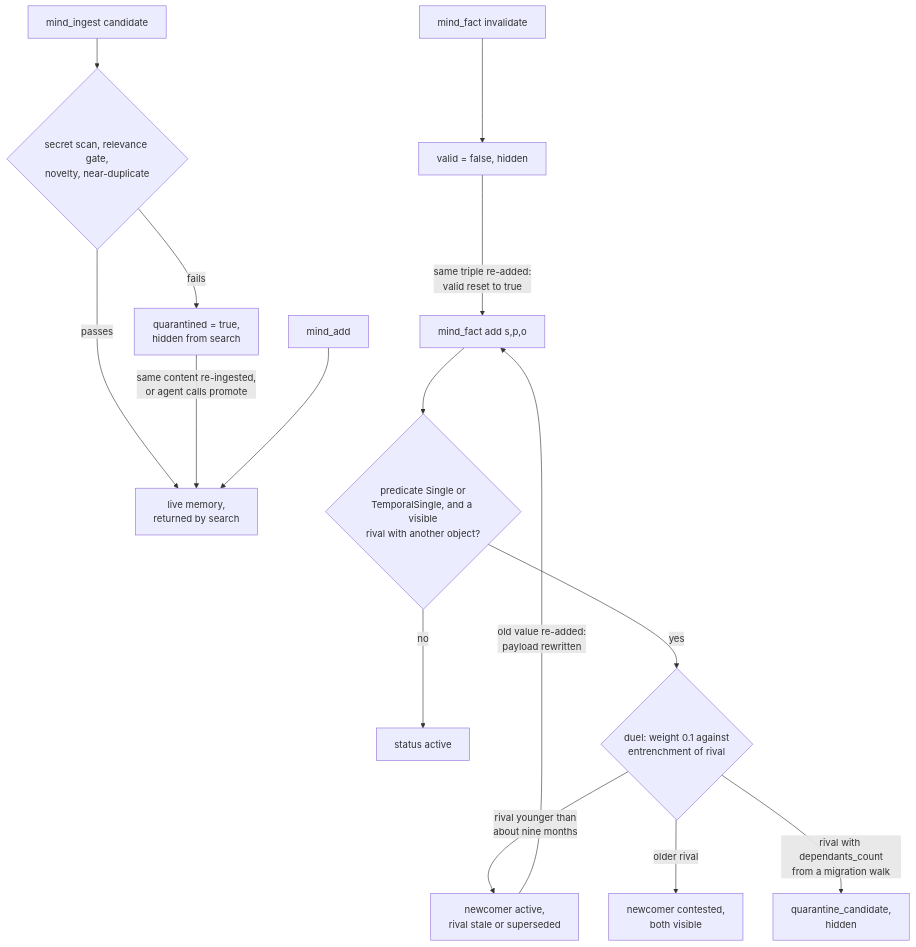
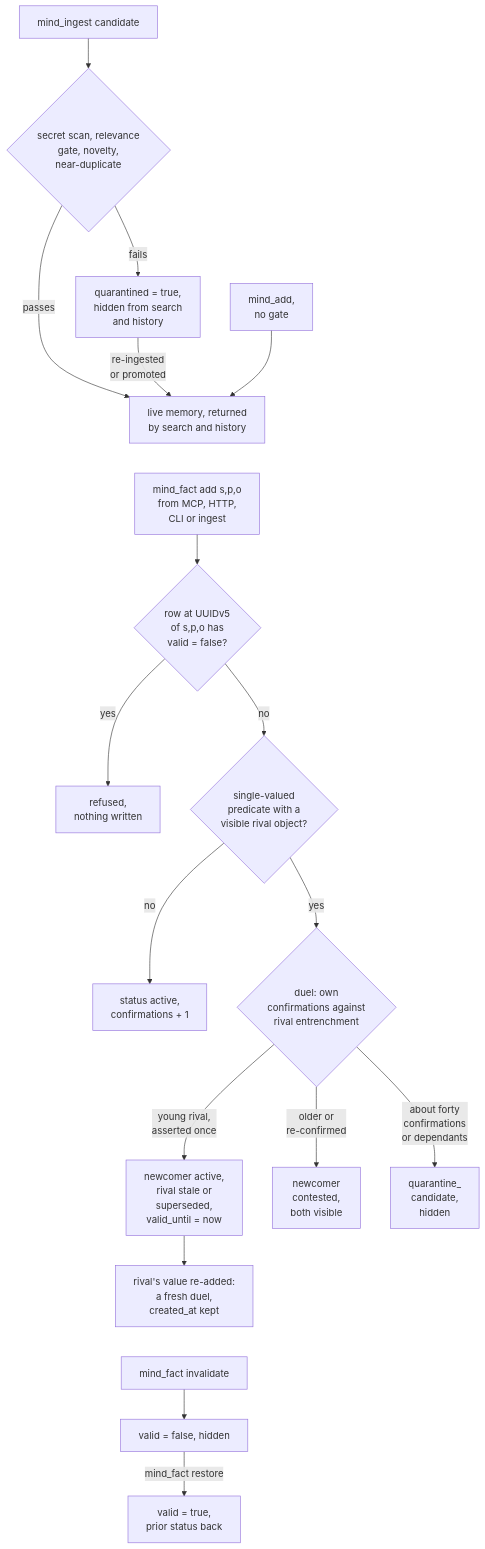
One commit to neoneye/agent-memory-atlas changed the diagram in content/systems/mgi-mind.md. Above: the diagram before and after it, drawn with Mermaid. The commit also changed other lines of this file and 27 other files, not shown here.

First line of the commit message:
mgi-mind at 9fae780 (v2.8.2): tombstone and bitemporal earned, five marks

````diff
--- a/content/systems/mgi-mind.md
+++ b/content/systems/mgi-mind.md
@@ -108,18 +119,22 @@
 ```mermaid
-%% caption: how a memory and a fact each become current in MGI-Mind, and the paths that bring a hidden value back
+%% caption: how a memory and a fact each become current in MGI-Mind, where an invalidated triple is refused, and the path that brings a duel loser back
 flowchart TD
-    I["mind_ingest candidate"] --> G{"secret scan, relevance gate,<br/>novelty, near-duplicate"}
-    G -- "passes" --> M["live memory,<br/>returned by search"]
-    G -- "fails" --> Q["quarantined = true,<br/>hidden from search"]
-    Q -- "same content re-ingested,<br/>or agent calls promote" --> M
-    A["mind_add"] --> M
-    F["mind_fact add s,p,o"] --> C{"predicate Single or<br/>TemporalSingle, and a visible<br/>rival with another object?"}
-    C -- "no" --> ACT["status active"]
-    C -- "yes" --> D{"duel: weight 0.1 against<br/>entrenchment of rival"}
-    D -- "rival younger than<br/>about nine months" --> FLIP["newcomer active,<br/>rival stale or superseded"]
-    D -- "older rival" --> CON["newcomer contested,<br/>both visible"]
-    D -- "rival with dependants_count<br/>from a migration walk" --> QC["quarantine_candidate,<br/>hidden"]
-    FLIP -- "old value re-added:<br/>payload rewritten" --> F
+    I["mind_ingest candidate"] --> G{"secret scan, relevance<br/>gate, novelty,<br/>near-duplicate"}
+    G -- "passes" --> M["live memory, returned<br/>by search and history"]
+    G -- "fails" --> Q["quarantined = true,<br/>hidden from search<br/>and history"]
+    Q -- "re-ingested<br/>or promoted" --> M
+    A["mind_add,<br/>no gate"] --> M
+    M ~~~ F
+    F["mind_fact add s,p,o<br/>from MCP, HTTP,<br/>CLI or ingest"] --> T{"row at UUIDv5<br/>of s,p,o has<br/>valid = false?"}
+    T -- "yes" --> R["refused,<br/>nothing written"]
+    T -- "no" --> C{"single-valued<br/>predicate with a<br/>visible rival object?"}
+    C -- "no" --> ACT["status active,<br/>confirmations + 1"]
+    C -- "yes" --> D{"duel: own<br/>confirmations against<br/>rival entrenchment"}
+    D -- "young rival,<br/>asserted once" --> FLIP["newcomer active,<br/>rival stale or<br/>superseded,<br/>valid_until = now"]
+    D -- "older or<br/>re-confirmed" --> CON["newcomer<br/>contested,<br/>both visible"]
+    D -- "about forty<br/>confirmations<br/>or dependants" --> QC["quarantine_<br/>candidate,<br/>hidden"]
+    FLIP --> RE["rival's value re-added:<br/>a fresh duel,<br/>created_at kept"]
+    RE ~~~ INV
     INV["mind_fact invalidate"] --> X["valid = false, hidden"]
-    X -- "same triple re-added:<br/>valid reset to true" --> F
+    X -- "mind_fact restore" --> RS["valid = true,<br/>prior status back"]
 ```
````
